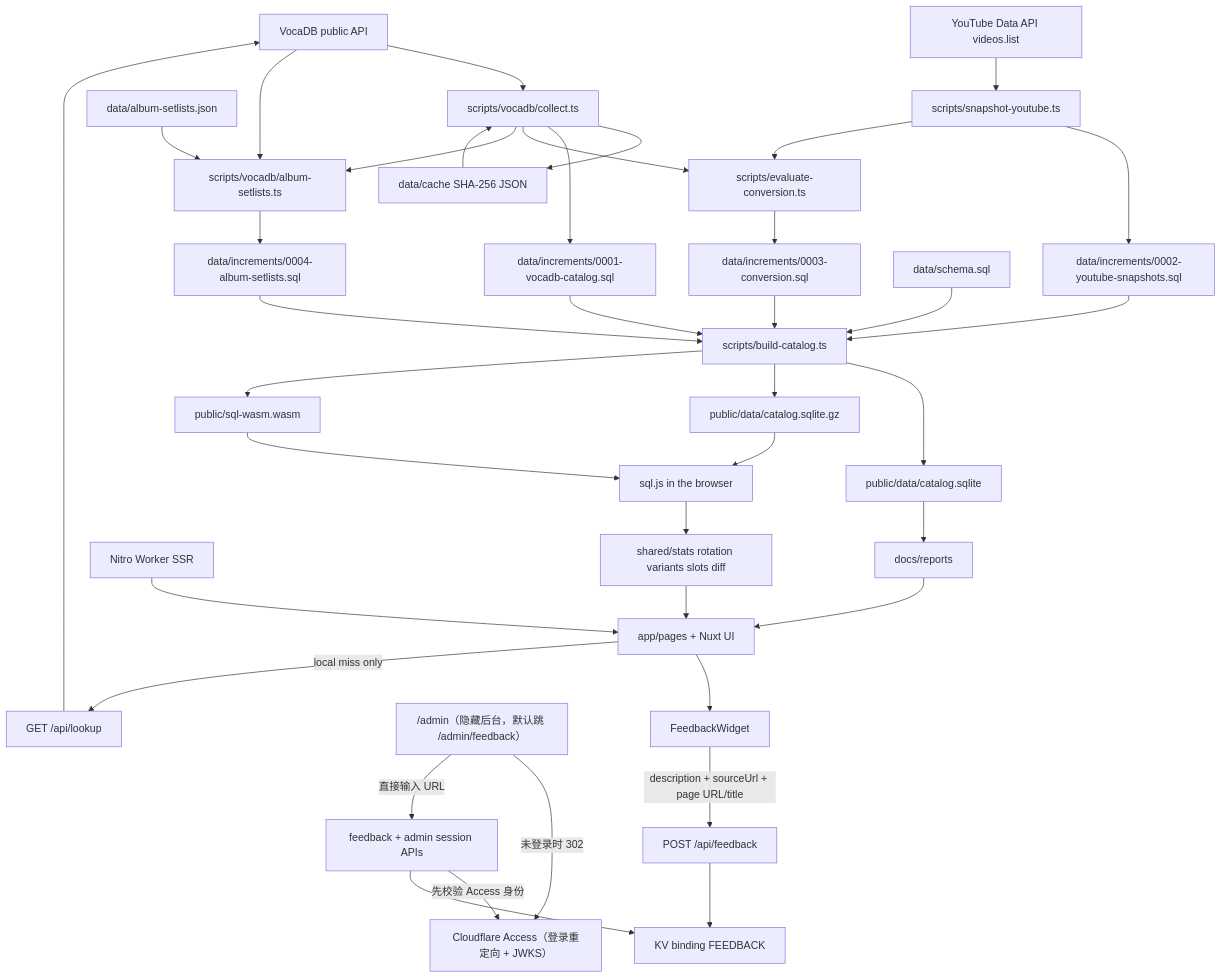
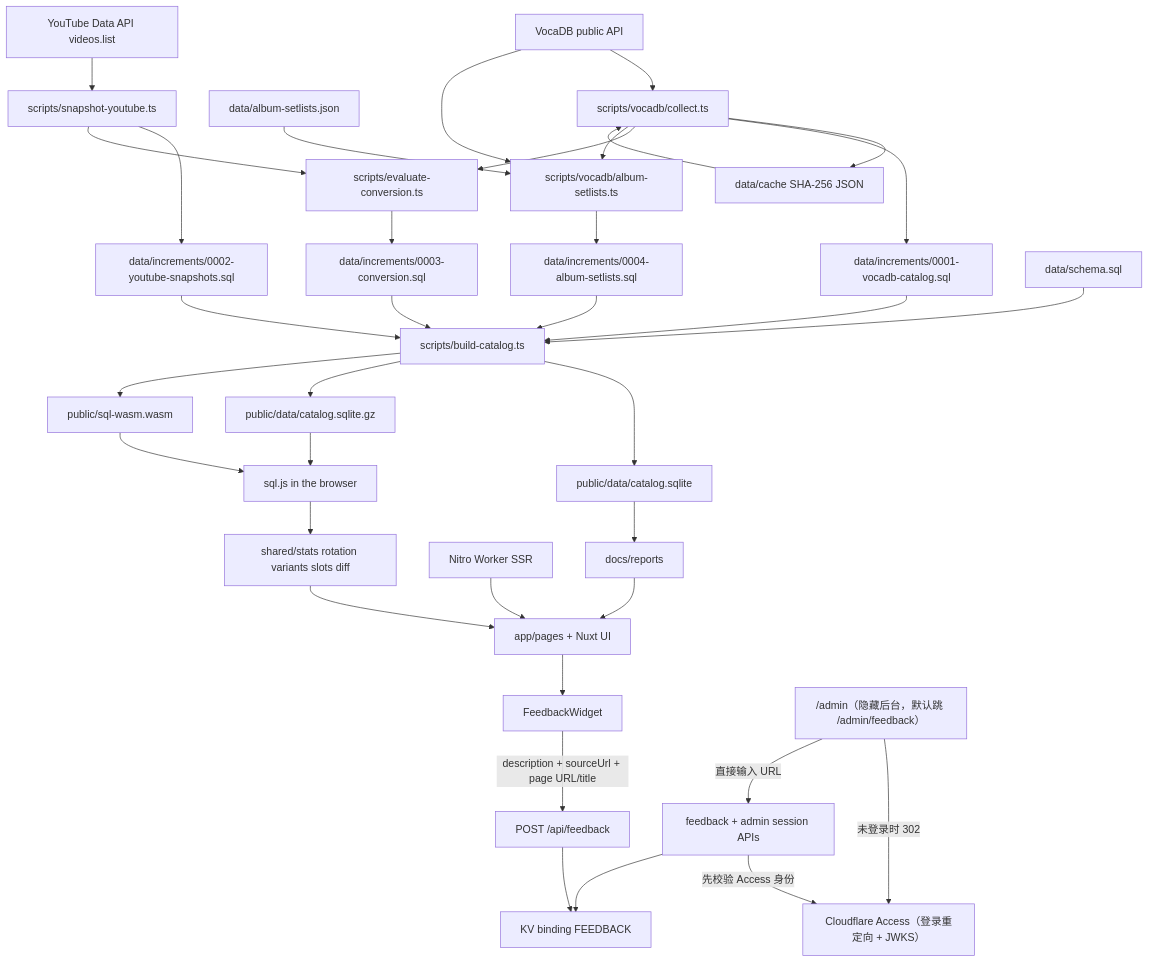
The diagram in docs/architecture.md (RJiazhen/miku-concert-stats), drawn with Mermaid before and after one commit. The commit also changed other lines of this file and 12 other files, not shown here.

````diff
--- a/docs/architecture.md
+++ b/docs/architecture.md
@@ -276,70 +278,67 @@
 ```mermaid
 flowchart TD
   vocadb["VocaDB public API"]
   cache["data/cache SHA-256 JSON"]
   collect["scripts/vocadb/collect.ts"]
   albums["data/album-setlists.json"]
   collectalbums["scripts/vocadb/album-setlists.ts"]
   youtube["YouTube Data API videos.list"]
   snap["scripts/snapshot-youtube.ts"]
   inc1["data/increments/0001-vocadb-catalog.sql"]
   inc2["data/increments/0002-youtube-snapshots.sql"]
   inc4["data/increments/0004-album-setlists.sql"]
   eval["scripts/evaluate-conversion.ts"]
   inc3["data/increments/0003-conversion.sql"]
   schema["data/schema.sql"]
   build["scripts/build-catalog.ts"]
   sqlite["public/data/catalog.sqlite"]
   gzip["public/data/catalog.sqlite.gz"]
   wasm["public/sql-wasm.wasm"]
   browser["sql.js in the browser"]
   shared["shared/stats rotation variants slots diff"]
   pages["app/pages + Nuxt UI"]
   widget["FeedbackWidget"]
   feedback["POST /api/feedback"]
   feedbackkv["KV binding FEEDBACK"]
   admin["/admin（隐藏后台，默认跳 /admin/feedback）"]
   adminapi["feedback + admin session APIs"]
   access["Cloudflare Access（登录重定向 + JWKS）"]
   worker["Nitro Worker SSR"]
-  lookup["GET /api/lookup"]
   report["docs/reports"]
 
   vocadb --> collect
   collect --> cache
   cache --> collect
   collect --> inc1
   collect --> eval
   vocadb --> collectalbums
   albums --> collectalbums
   collect --> collectalbums
   collectalbums --> inc4
   youtube --> snap
   snap --> inc2
   snap --> eval
   schema --> build
   inc1 --> build
   inc2 --> build
   inc4 --> build
   inc3 --> build
   eval --> inc3
   build --> sqlite
   build --> gzip
   build --> wasm
   gzip --> browser
   wasm --> browser
   browser --> shared
   shared --> pages
   worker --> pages
   pages --> widget
   widget -->|"description + sourceUrl + page URL/title"| feedback
   feedback --> feedbackkv
   adminapi -->|"先校验 Access 身份"| access
   adminapi --> feedbackkv
   admin -->|"未登录时 302"| access
   admin -->|"直接输入 URL"| adminapi
-  pages -->|"local miss only"| lookup
-  lookup --> vocadb
   sqlite --> report
   report --> pages
 ```
````
